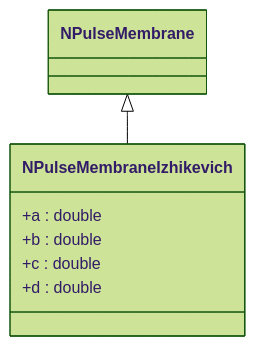
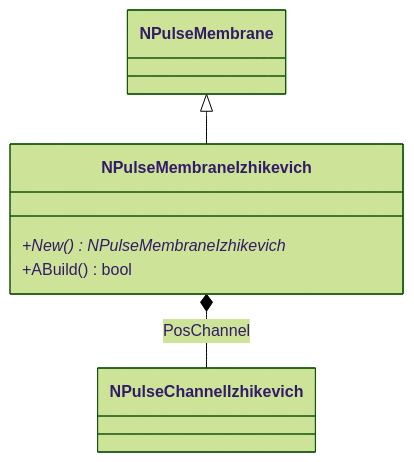
Before and after one commit to aicommunity/Nmsdk-PulseLib: the sixth of 10 diagrams in Docs/Components/NPulseMembraneIzhikevich.md, drawn with Mermaid (forest theme). The commit also changed other lines of this file and 196 other files, not shown here.

````diff
--- a/Docs/Components/NPulseMembraneIzhikevich.md
+++ b/Docs/Components/NPulseMembraneIzhikevich.md
@@ -7,10 +301,9 @@
 ```mermaid
 classDiagram
     NPulseMembrane <|-- NPulseMembraneIzhikevich
+    NPulseMembraneIzhikevich *-- NPulseChannelIzhikevich : PosChannel
     class NPulseMembraneIzhikevich {
-        +a : double
-        +b : double
-        +c : double
-        +d : double
+        +New() NPulseMembraneIzhikevich*
+        +ABuild() bool
     }
 ```
````
